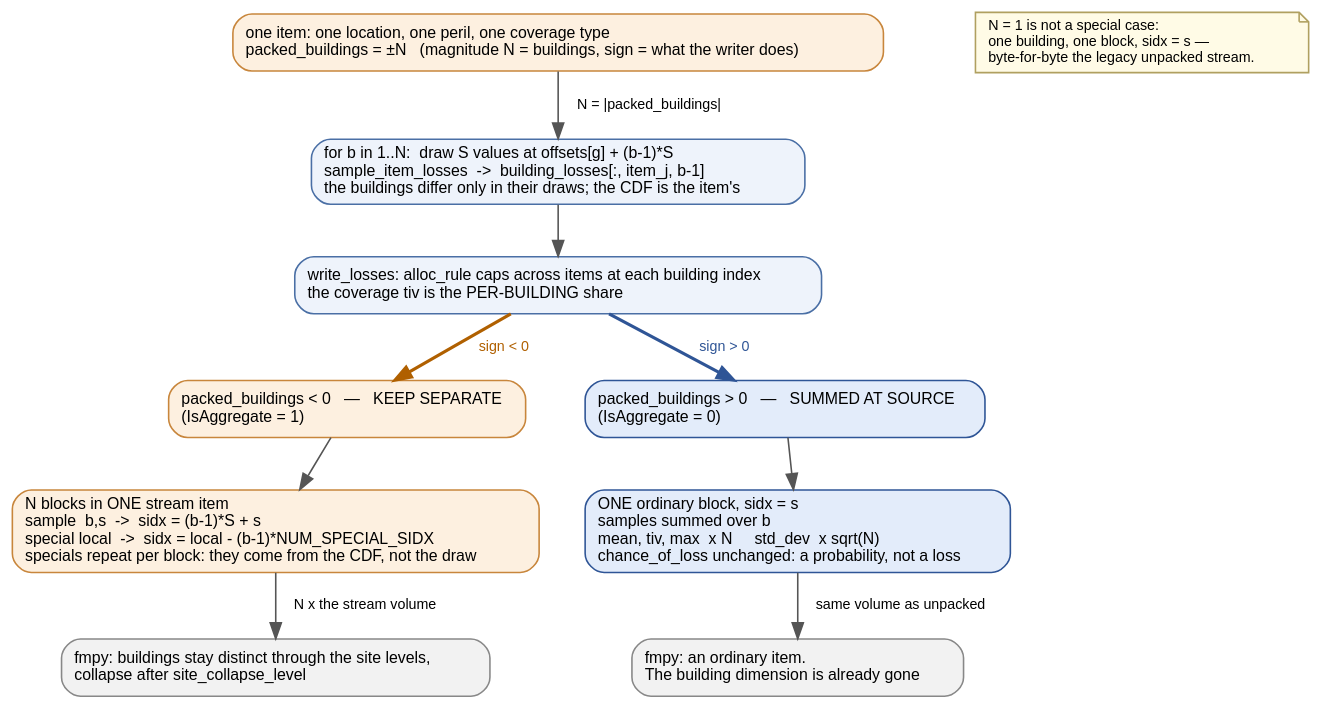
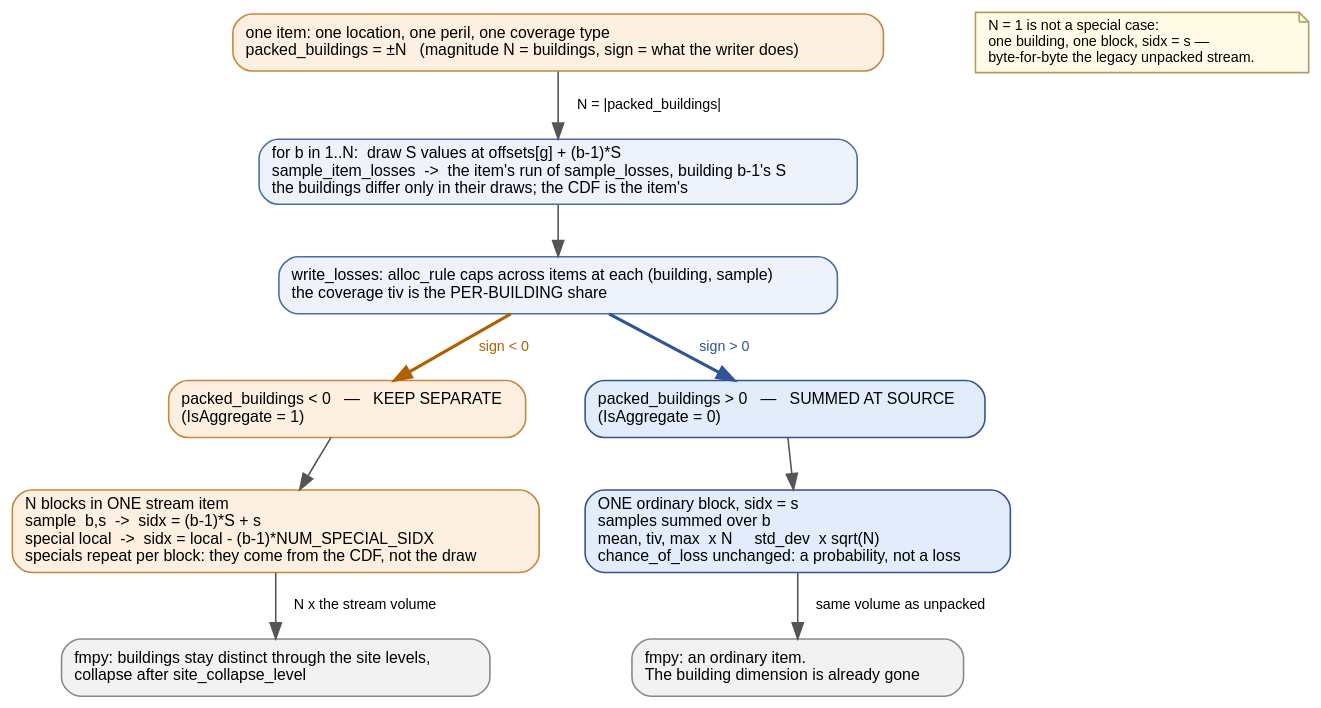
Before and after one commit to OasisLMF/OasisLMF: the diagram in oasislmf/pytools/gulmc/diagrams/gulmc_packing.dot, drawn with Graphviz. The commit also changed 7 other files, not shown here.

First line of the commit message:
gul/gulmc: hold a coverage's sample losses as one run per item

```diff
--- a/oasislmf/pytools/gulmc/diagrams/gulmc_packing.dot
+++ b/oasislmf/pytools/gulmc/diagrams/gulmc_packing.dot
@@ -1,47 +1,47 @@
 // How one item's N buildings reach the stream, and where they collapse.
 // Render: dot -Tsvg gulmc_packing.dot -o gulmc_packing.svg
 digraph gulmc_packing {
     rankdir=TB;
     bgcolor="transparent";
     nodesep=0.4; ranksep=0.45;
     node [shape=box, style="rounded,filled", fontname="Helvetica", fontsize=10,
           fillcolor="#eef3fb", color="#4a6fa5"];
     edge [fontname="Helvetica", fontsize=9, color="#555555"];
 
     item [label="one item: one location, one peril, one coverage type\lpacked_buildings = ±N   (magnitude N = buildings, sign = what the writer does)\l",
           fillcolor="#fdf0e0", color="#c8863c"];
 
-    draw [label="for b in 1..N:  draw S values at offsets[g] + (b-1)*S\lsample_item_losses  ->  building_losses[:, item_j, b-1]\lthe buildings differ only in their draws; the CDF is the item's\l"];
+    draw [label="for b in 1..N:  draw S values at offsets[g] + (b-1)*S\lsample_item_losses  ->  the item's run of sample_losses, building b-1's S\lthe buildings differ only in their draws; the CDF is the item's\l"];
 
-    cap [label="write_losses: alloc_rule caps across items at each building index\lthe coverage tiv is the PER-BUILDING share\l"];
+    cap [label="write_losses: alloc_rule caps across items at each (building, sample)\lthe coverage tiv is the PER-BUILDING share\l"];
 
     item -> draw [label="  N = |packed_buildings|"];
     draw -> cap;
 
     sep  [label="packed_buildings < 0   —   KEEP SEPARATE\l(IsAggregate = 1)\l",
           fillcolor="#fdf0e0", color="#c8863c"];
     summ [label="packed_buildings > 0   —   SUMMED AT SOURCE\l(IsAggregate = 0)\l",
           fillcolor="#e3ecfa", color="#2f5596"];
 
     cap -> sep  [label="  sign < 0", color="#b06000", fontcolor="#b06000", style=bold];
     cap -> summ [label="  sign > 0", color="#2f5596", fontcolor="#2f5596", style=bold];
 
     sep_out [label="N blocks in ONE stream item\lsample  b,s  ->  sidx = (b-1)*S + s\lspecial local  ->  sidx = local - (b-1)*NUM_SPECIAL_SIDX\lspecials repeat per block: they come from the CDF, not the draw\l",
              fillcolor="#fdf0e0", color="#c8863c"];
     summ_out [label="ONE ordinary block, sidx = s\lsamples summed over b\lmean, tiv, max  x N     std_dev  x sqrt(N)\lchance_of_loss unchanged: a probability, not a loss\l",
               fillcolor="#e3ecfa", color="#2f5596"];
 
     sep -> sep_out;
     summ -> summ_out;
 
     fm_sep [label="fmpy: buildings stay distinct through the site levels,\lcollapse after site_collapse_level\l", fillcolor="#f2f2f2", color="#888888"];
     fm_summ [label="fmpy: an ordinary item.\lThe building dimension is already gone\l", fillcolor="#f2f2f2", color="#888888"];
 
     sep_out -> fm_sep [label="  N x the stream volume"];
     summ_out -> fm_summ [label="  same volume as unpacked"];
 
     note [shape=note, fillcolor="#fffbe6", color="#b0a060", fontsize=9,
           label="N = 1 is not a special case:\lone building, one block, sidx = s —\lbyte-for-byte the legacy unpacked stream.\l"];
     item -> note [style=invis];
     {rank=same; item; note;}
 }
```
